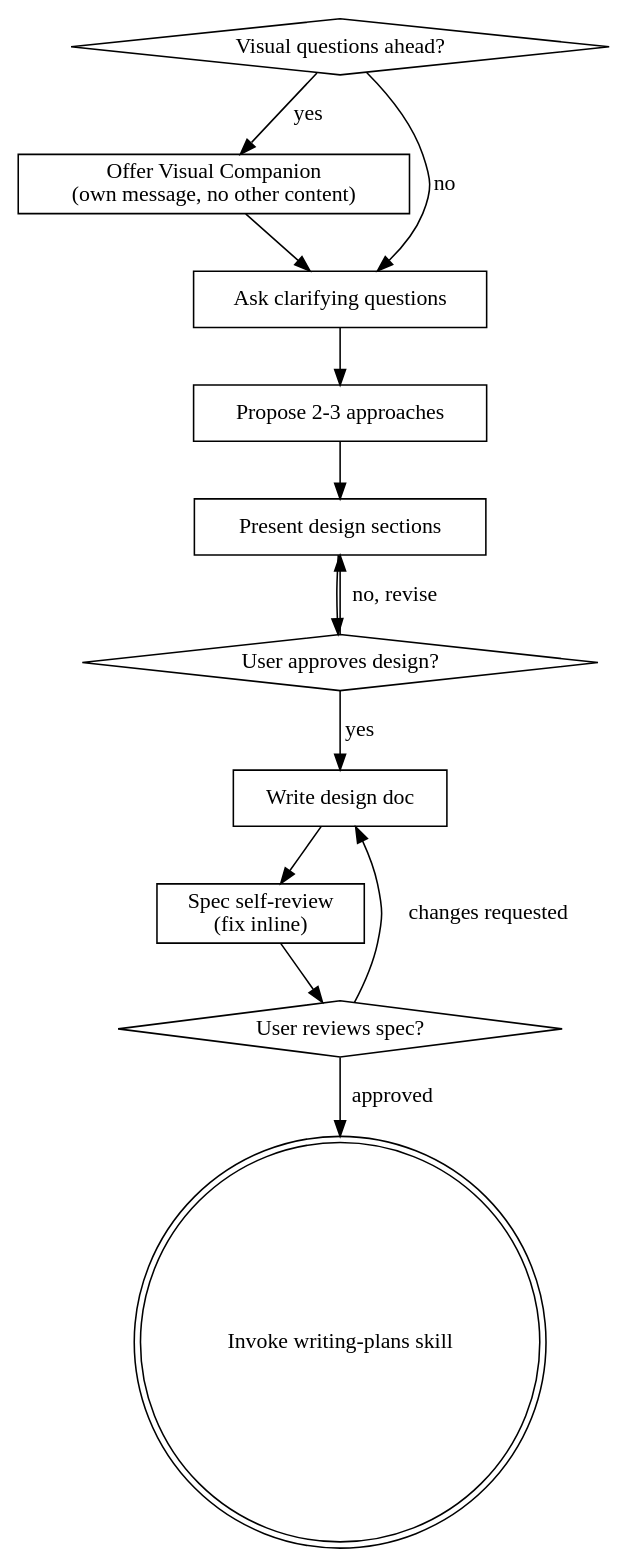
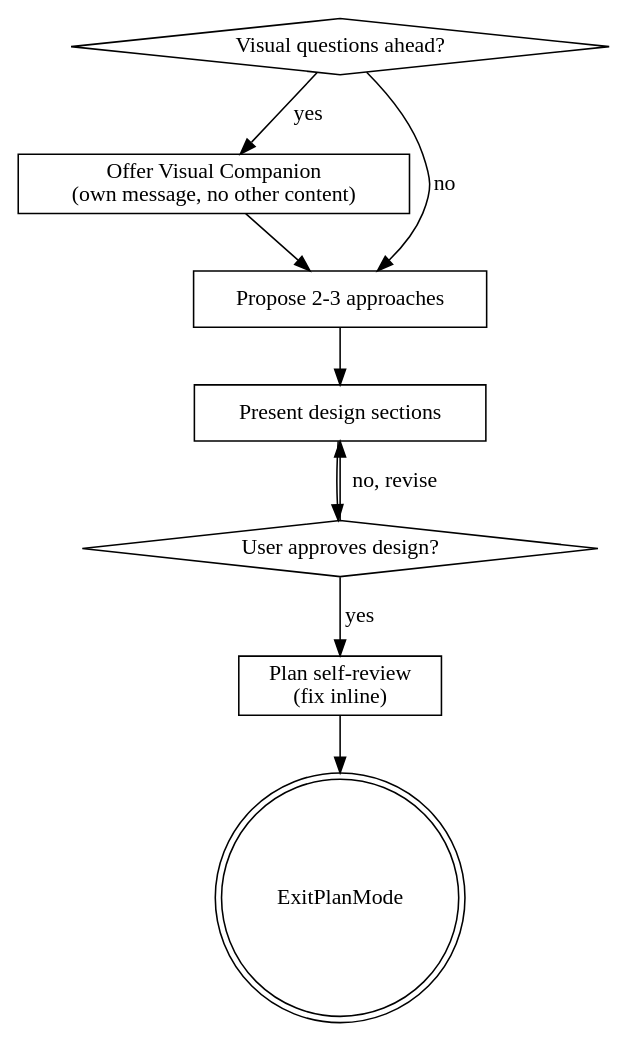
The diagram in skills/brainstorming/SKILL.md (zachahn/measured), drawn with Graphviz before and after one commit. The commit also changed other lines of this file, not shown here.

First line of the commit message:
Remove superpowers docs pattern, fold design into Plan mode

````diff
--- a/skills/brainstorming/SKILL.md
+++ b/skills/brainstorming/SKILL.md
@@ -28,27 +26,20 @@
 ```dot
 digraph brainstorming {
     "Visual questions ahead?" [shape=diamond];
     "Offer Visual Companion\n(own message, no other content)" [shape=box];
-    "Ask clarifying questions" [shape=box];
     "Propose 2-3 approaches" [shape=box];
     "Present design sections" [shape=box];
     "User approves design?" [shape=diamond];
-    "Write design doc" [shape=box];
-    "Spec self-review\n(fix inline)" [shape=box];
-    "User reviews spec?" [shape=diamond];
-    "Invoke writing-plans skill" [shape=doublecircle];
+    "Plan self-review\n(fix inline)" [shape=box];
+    "ExitPlanMode" [shape=doublecircle];
 
     "Visual questions ahead?" -> "Offer Visual Companion\n(own message, no other content)" [label="yes"];
-    "Visual questions ahead?" -> "Ask clarifying questions" [label="no"];
-    "Offer Visual Companion\n(own message, no other content)" -> "Ask clarifying questions";
-    "Ask clarifying questions" -> "Propose 2-3 approaches";
+    "Visual questions ahead?" -> "Propose 2-3 approaches" [label="no"];
+    "Offer Visual Companion\n(own message, no other content)" -> "Propose 2-3 approaches";
     "Propose 2-3 approaches" -> "Present design sections";
     "Present design sections" -> "User approves design?";
     "User approves design?" -> "Present design sections" [label="no, revise"];
-    "User approves design?" -> "Write design doc" [label="yes"];
-    "Write design doc" -> "Spec self-review\n(fix inline)";
-    "Spec self-review\n(fix inline)" -> "User reviews spec?";
-    "User reviews spec?" -> "Write design doc" [label="changes requested"];
-    "User reviews spec?" -> "Invoke writing-plans skill" [label="approved"];
+    "User approves design?" -> "Plan self-review\n(fix inline)" [label="yes"];
+    "Plan self-review\n(fix inline)" -> "ExitPlanMode";
 }
 ```
````
